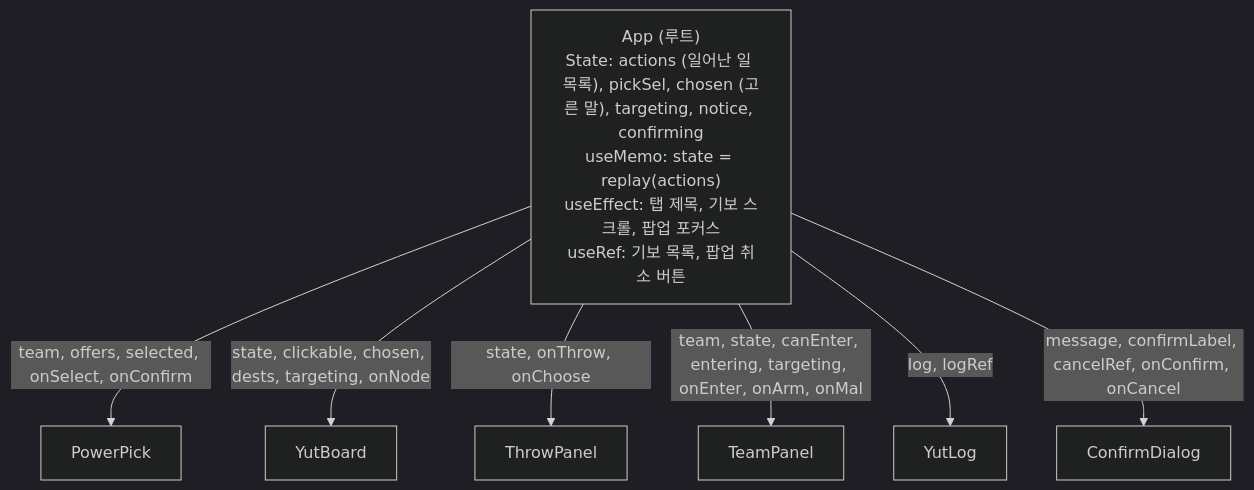
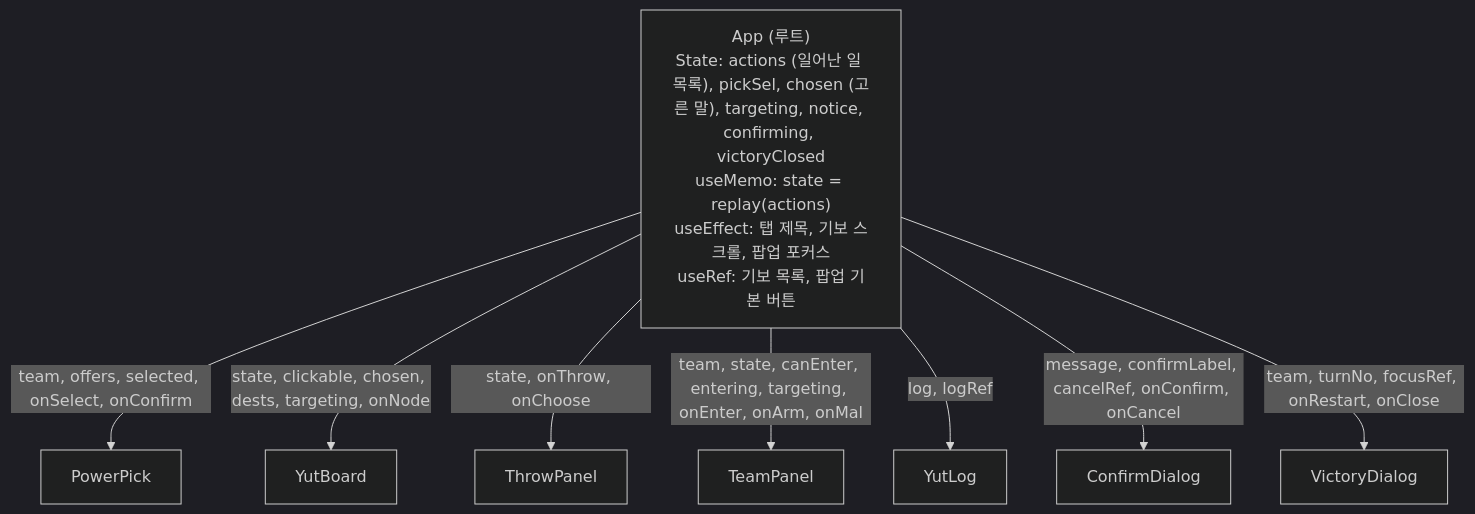
The third of 4 diagrams in projects/react/docs/DETAILS.md (kimgeonhui1/SW-AI-W11-12-FRAME-WORK), drawn with Mermaid (dark theme) before and after one commit. The commit also changed other lines of this file and 9 other files, not shown here.

````diff
--- a/projects/react/docs/DETAILS.md
+++ b/projects/react/docs/DETAILS.md
@@ -289,10 +289,11 @@
 ```mermaid
 flowchart TD
-  App["App (루트)<br/>State: actions (일어난 일 목록), pickSel, chosen (고른 말), targeting, notice, confirming<br/>useMemo: state = replay(actions)<br/>useEffect: 탭 제목, 기보 스크롤, 팝업 포커스<br/>useRef: 기보 목록, 팝업 취소 버튼"]
+  App["App (루트)<br/>State: actions (일어난 일 목록), pickSel, chosen (고른 말), targeting, notice, confirming, victoryClosed<br/>useMemo: state = replay(actions)<br/>useEffect: 탭 제목, 기보 스크롤, 팝업 포커스<br/>useRef: 기보 목록, 팝업 기본 버튼"]
   App -->|team, offers, selected, onSelect, onConfirm| PowerPick
   App -->|state, clickable, chosen, dests, targeting, onNode| YutBoard
   App -->|state, onThrow, onChoose| ThrowPanel
   App -->|team, state, canEnter, entering, targeting, onEnter, onArm, onMal| TeamPanel
   App -->|log, logRef| YutLog
   App -->|message, confirmLabel, cancelRef, onConfirm, onCancel| ConfirmDialog
+  App -->|team, turnNo, focusRef, onRestart, onClose| VictoryDialog
 ```
````
